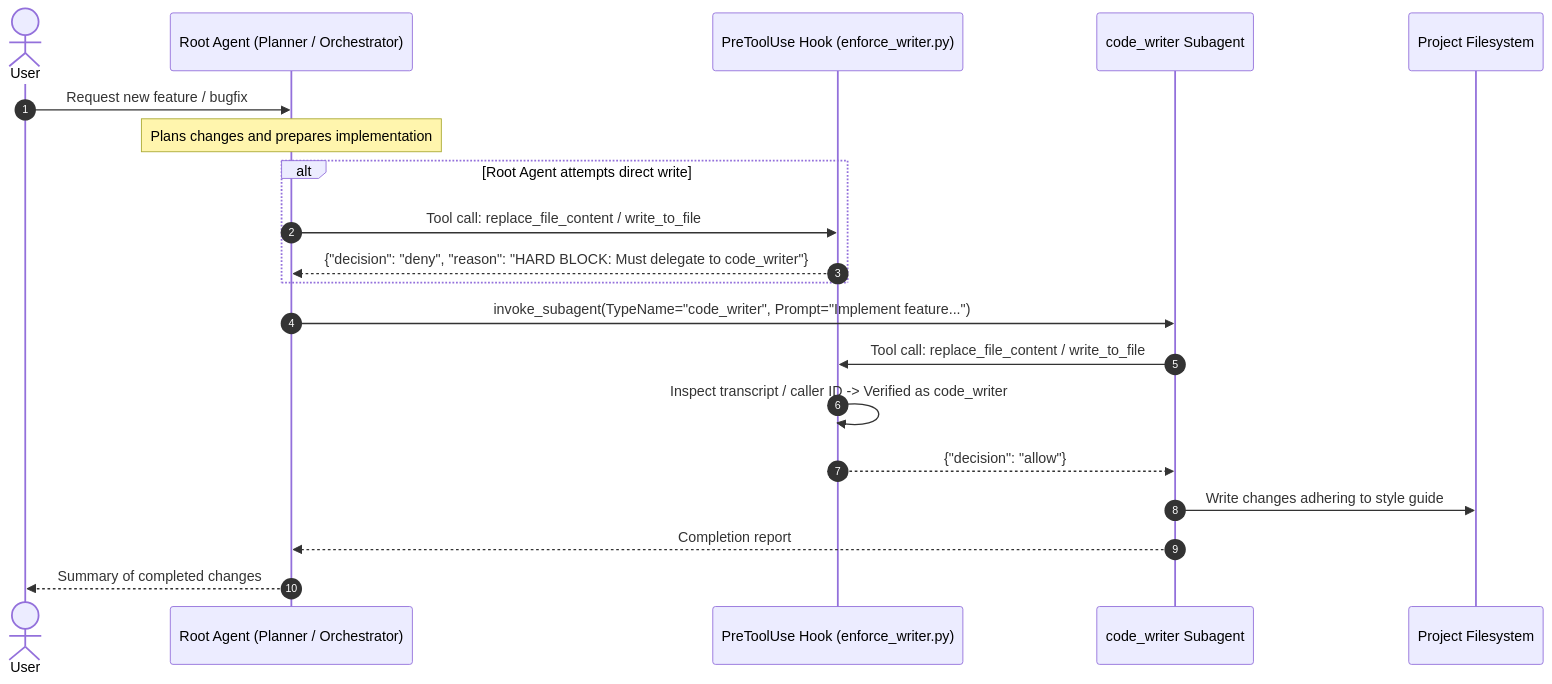
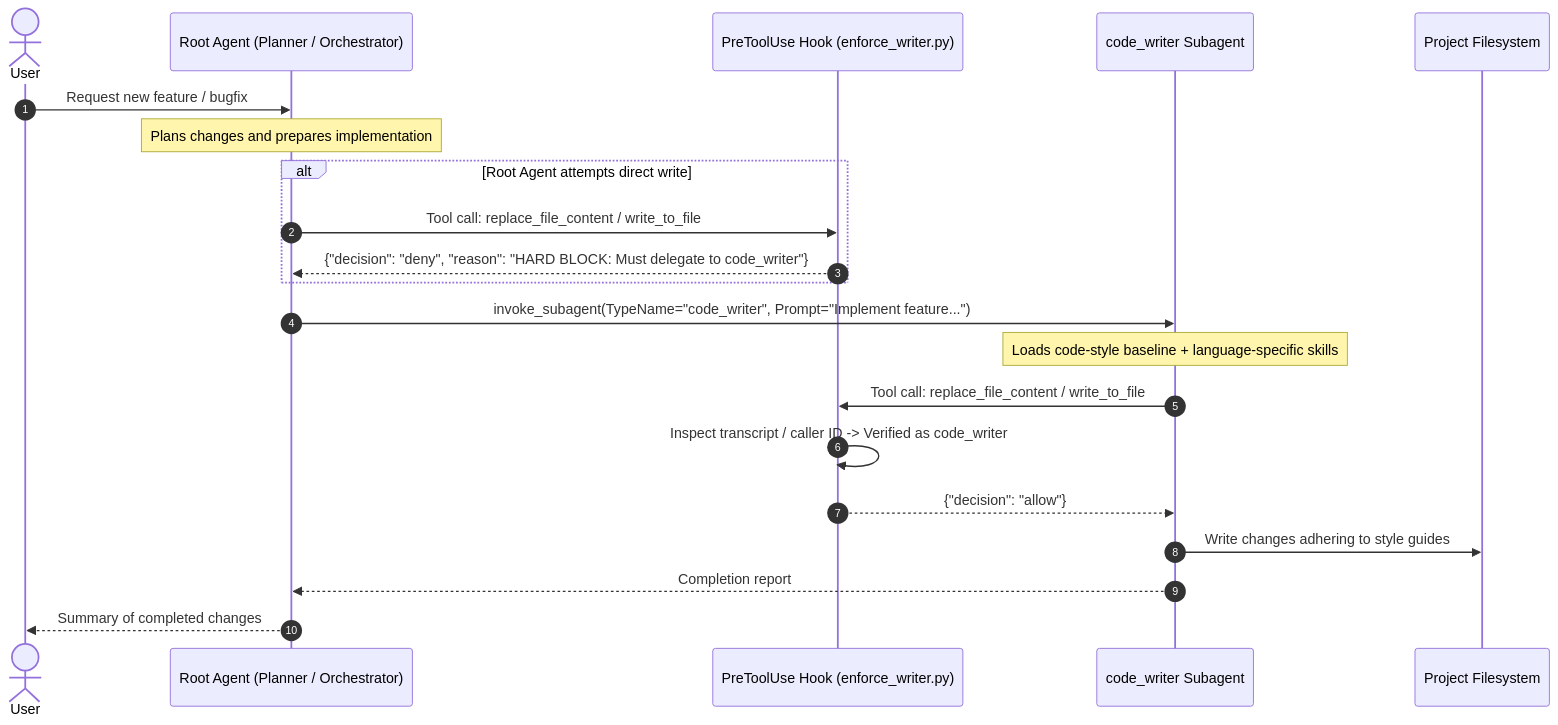
Before and after one commit to j-steve/code-writer-kit: the diagram in README.md, drawn with Mermaid. The commit also changed other lines of this file and 4 other files, not shown here.

Commit message:
feat: establish multi-skill architecture with baseline code-style and python-style skills

````diff
--- a/README.md
+++ b/README.md
@@ -38,23 +38,24 @@
 ```mermaid
 sequenceDiagram
     autonumber
     actor User
     participant RootAgent as Root Agent (Planner / Orchestrator)
     participant Hook as PreToolUse Hook (enforce_writer.py)
     participant Subagent as code_writer Subagent
     participant Filesystem as Project Filesystem
 
     User->>RootAgent: Request new feature / bugfix
     Note over RootAgent: Plans changes and prepares implementation
     alt Root Agent attempts direct write
         RootAgent->>Hook: Tool call: replace_file_content / write_to_file
         Hook-->>RootAgent: {"decision": "deny", "reason": "HARD BLOCK: Must delegate to code_writer"}
     end
     RootAgent->>Subagent: invoke_subagent(TypeName="code_writer", Prompt="Implement feature...")
+    Note over Subagent: Loads code-style baseline + language-specific skills
     Subagent->>Hook: Tool call: replace_file_content / write_to_file
     Hook->>Hook: Inspect transcript / caller ID -> Verified as code_writer
     Hook-->>Subagent: {"decision": "allow"}
-    Subagent->>Filesystem: Write changes adhering to style guide
+    Subagent->>Filesystem: Write changes adhering to style guides
     Subagent-->>RootAgent: Completion report
     RootAgent-->>User: Summary of completed changes
 ```
````
